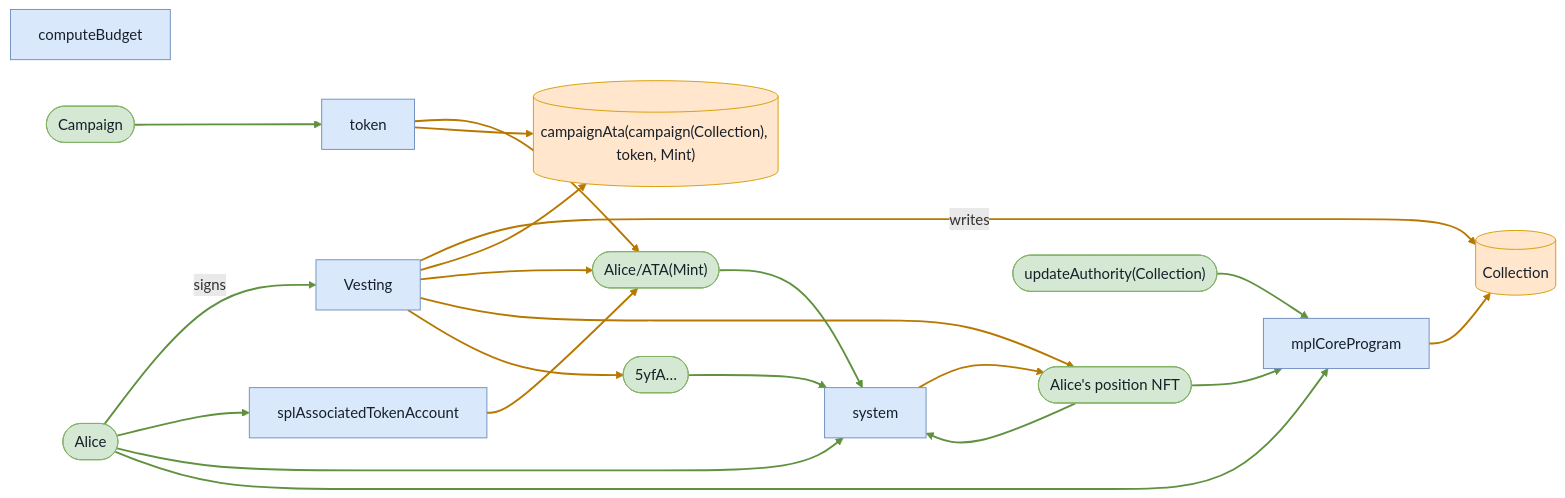
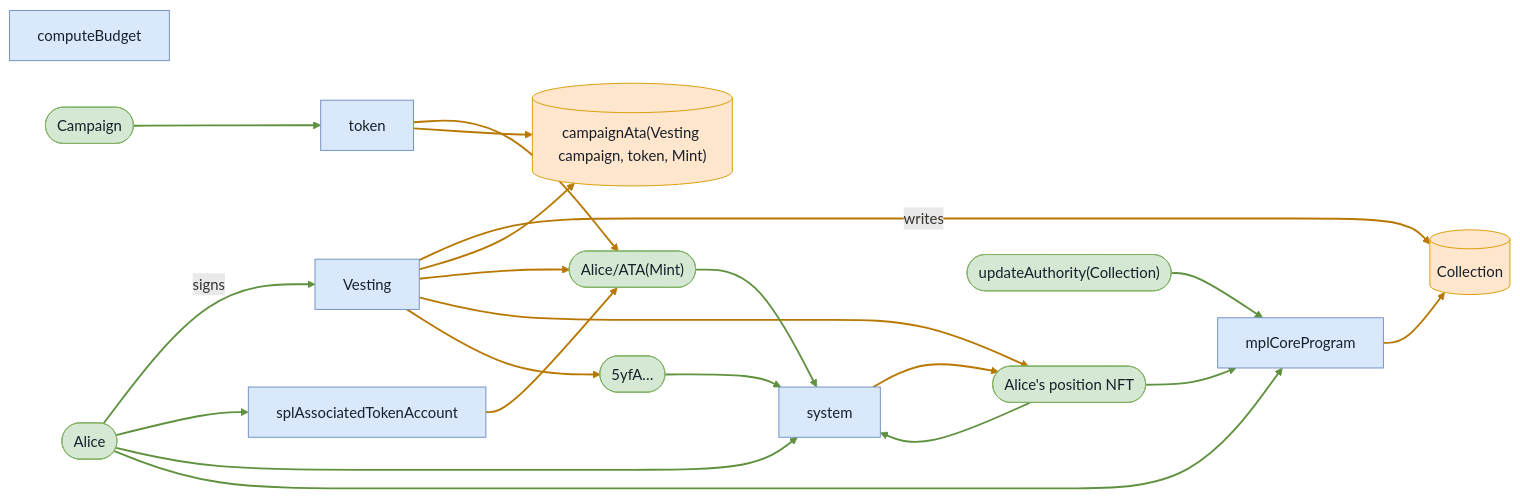
Before and after one commit to cds-turbin3/vesting-position: the fifth of 12 diagrams in babelfish-tests/test-report/vested_tokens_are_forfeited_past_the_grace_window.md, drawn with Mermaid. The commit also changed other lines of this file and 104 other files, not shown here.

````diff
--- a/babelfish-tests/test-report/vested_tokens_are_forfeited_past_the_grace_window.md
+++ b/babelfish-tests/test-report/vested_tokens_are_forfeited_past_the_grace_window.md
@@ -292,42 +292,42 @@
 ```mermaid
 flowchart LR
     computeBudget["computeBudget"]:::program
     Vesting["Vesting"]:::program
     Alice(["Alice"]):::signer
     Collection[("Collection")]:::state
-    campaignAtacampaignCollectiontokenMint[("campaignAta(campaign(Collection), token, Mint)")]:::state
+    campaignAtaVestingcampaigntokenMint[("campaignAta(Vesting campaign, token, Mint)")]:::state
     AliceATAMint(["Alice/ATA(Mint)"]):::signer
     AlicespositionNFT(["Alice's position NFT"]):::signer
     n5yfA(["5yfA…"]):::signer
     splAssociatedTokenAccount["splAssociatedTokenAccount"]:::program
     token["token"]:::program
     system["system"]:::program
     mplCoreProgram["mplCoreProgram"]:::program
     updateAuthorityCollection(["updateAuthority(Collection)"]):::signer
     Campaign(["Campaign"]):::signer
     Alice -->|signs| Vesting
     Vesting -->|writes| Collection
-    Vesting --> campaignAtacampaignCollectiontokenMint
+    Vesting --> campaignAtaVestingcampaigntokenMint
     Vesting --> AliceATAMint
     Vesting --> AlicespositionNFT
     Vesting --> n5yfA
     Alice --> splAssociatedTokenAccount
     splAssociatedTokenAccount --> AliceATAMint
     Alice --> system
     AliceATAMint --> system
     token --> AliceATAMint
     n5yfA --> system
     AlicespositionNFT --> mplCoreProgram
     mplCoreProgram --> Collection
     updateAuthorityCollection --> mplCoreProgram
     Alice --> mplCoreProgram
     AlicespositionNFT --> system
     system --> AlicespositionNFT
-    token --> campaignAtacampaignCollectiontokenMint
+    token --> campaignAtaVestingcampaigntokenMint
     Campaign --> token
     classDef program fill:#dae8fc,stroke:#6c8ebf,color:#17202a;
     classDef signer fill:#d5e8d4,stroke:#82b366,color:#17202a;
     classDef state fill:#ffe6cc,stroke:#d79b00,color:#17202a;
     linkStyle 0,6,8,9,11,12,14,15,16,19 stroke:#5f913f,stroke-width:2px
     linkStyle 1,2,3,4,5,7,10,13,17,18 stroke:#b87800,stroke-width:2px
 ```
````
